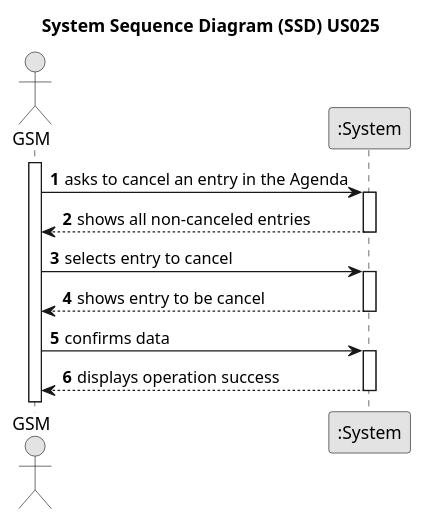
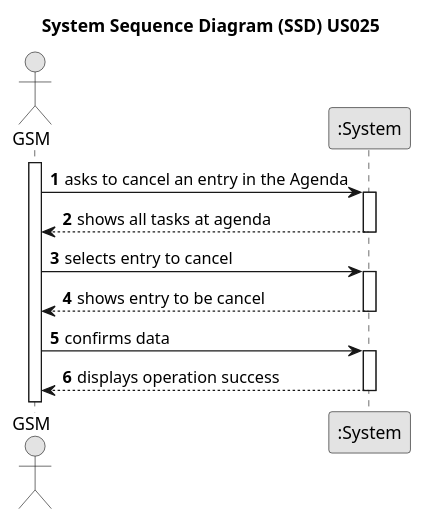
The diagram in docs/sprintC/US025/01.requirements-engineering/puml/us025-system-sequence-diagram.puml (LopemigueISEP/lei-24-s2-1nb-g312), drawn with PlantUML before and after one commit. The commit also changed 14 other files, not shown here.

```diff
--- a/docs/sprintC/US025/01.requirements-engineering/puml/us025-system-sequence-diagram.puml
+++ b/docs/sprintC/US025/01.requirements-engineering/puml/us025-system-sequence-diagram.puml
@@ -1,33 +1,33 @@
 @startuml
 skinparam monochrome true
 skinparam packageStyle rectangle
 skinparam shadowing false
 
 title System Sequence Diagram (SSD) US025
 
 autonumber
 
 actor "GSM" as Employee
 participant ":System" as System
 
 activate Employee
 
     Employee -> System : asks to cancel an entry in the Agenda
     activate System
 
-        System --> Employee : shows all non-canceled entries
+        System --> Employee : shows all tasks at agenda
     deactivate System
 
     Employee -> System : selects entry to cancel
     activate System
 
         System --> Employee : shows entry to be cancel
     deactivate System
 
     Employee -> System : confirms data
     activate System
 
         System --> Employee : displays operation success
     deactivate System
 
 @enduml
```
